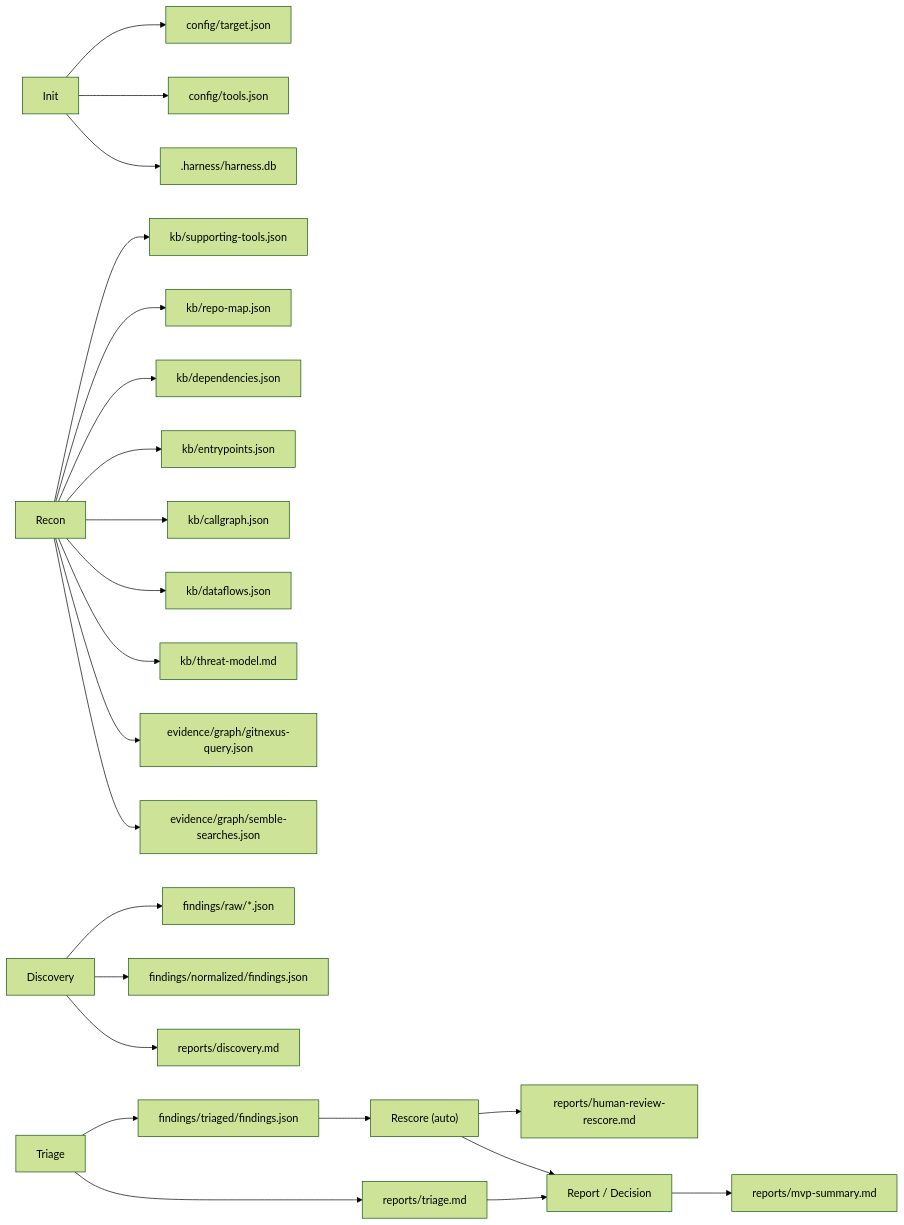
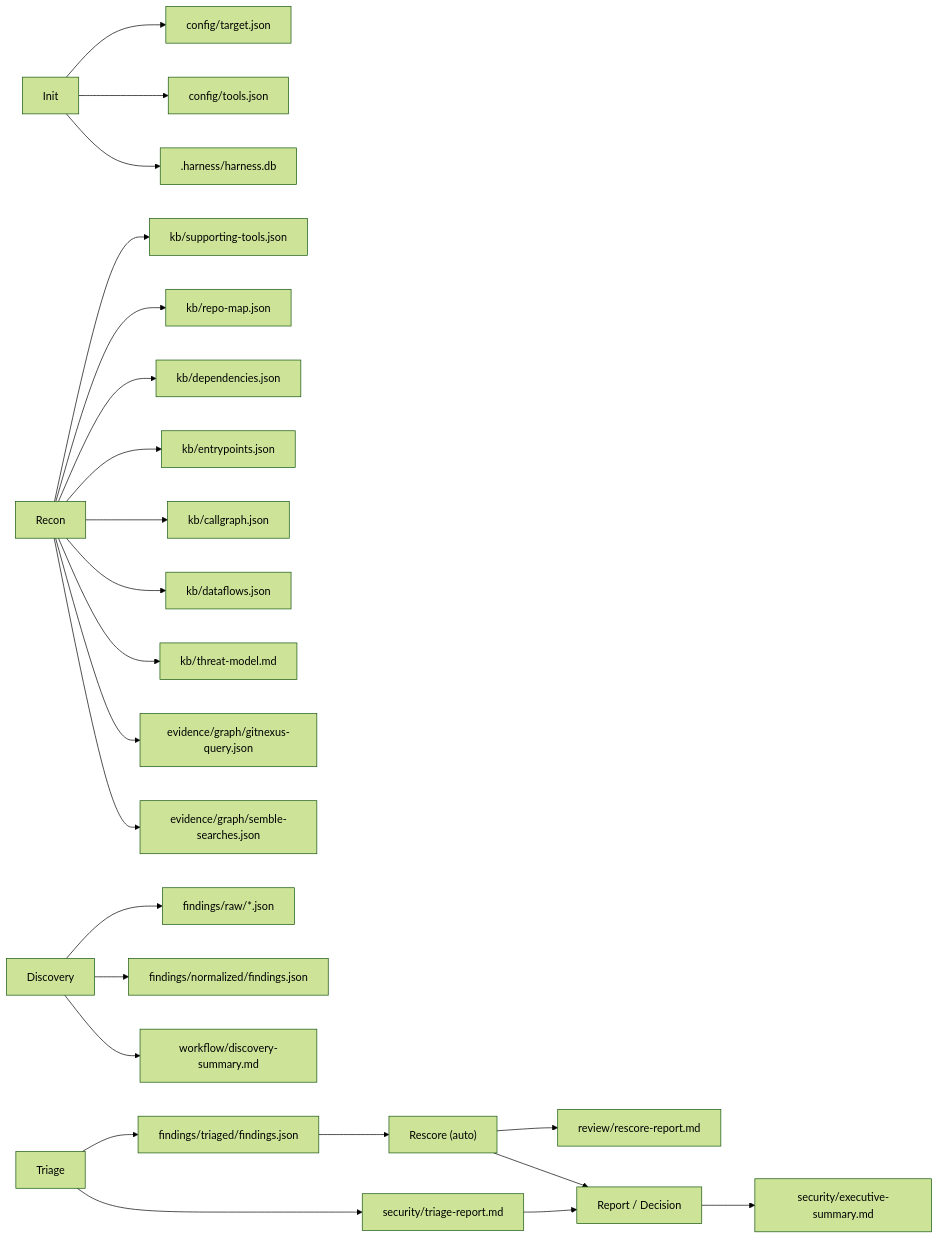
One commit to xfhg/security-agent changed the eighth of 8 diagrams in docs/security-agent-flow.md. Above: the diagram before and after it, drawn with Mermaid (forest theme). The commit also changed other lines of this file and 7 other files, not shown here.

````diff
--- a/docs/security-agent-flow.md
+++ b/docs/security-agent-flow.md
@@ -440,31 +440,31 @@
 ```mermaid
 flowchart LR
   Init["Init"] --> A1["config/target.json"]
   Init --> A2["config/tools.json"]
   Init --> A3[".harness/harness.db"]
 
   Recon["Recon"] --> B1["kb/supporting-tools.json"]
   Recon --> B2["kb/repo-map.json"]
   Recon --> B3["kb/dependencies.json"]
   Recon --> B4["kb/entrypoints.json"]
   Recon --> B5["kb/callgraph.json"]
   Recon --> B6["kb/dataflows.json"]
   Recon --> B7["kb/threat-model.md"]
   Recon --> B8["evidence/graph/gitnexus-query.json"]
   Recon --> B9["evidence/graph/semble-searches.json"]
 
   Discovery["Discovery"] --> C1["findings/raw/*.json"]
   Discovery --> C2["findings/normalized/findings.json"]
-  Discovery --> C3["reports/discovery.md"]
+  Discovery --> C3["workflow/discovery-summary.md"]
 
   Triage["Triage"] --> D1["findings/triaged/findings.json"]
-  Triage --> D2["reports/triage.md"]
+  Triage --> D2["security/triage-report.md"]
 
-  Rescore["Rescore (auto)"] --> R1["reports/human-review-rescore.md"]
+  Rescore["Rescore (auto)"] --> R1["review/rescore-report.md"]
 
-  Decision["Report / Decision"] --> E1["reports/mvp-summary.md"]
+  Decision["Report / Decision"] --> E1["security/executive-summary.md"]
 
   D1 --> Rescore
   Rescore --> Decision
   D2 --> Decision
 ```
````
